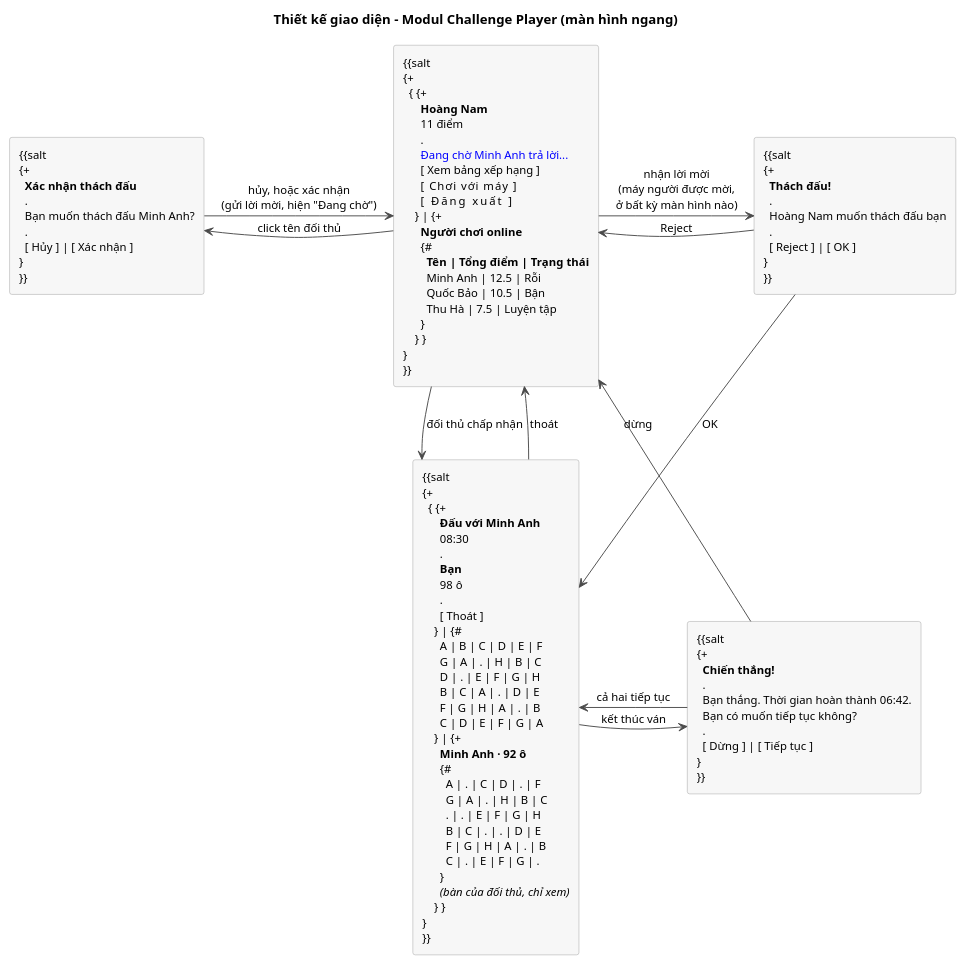
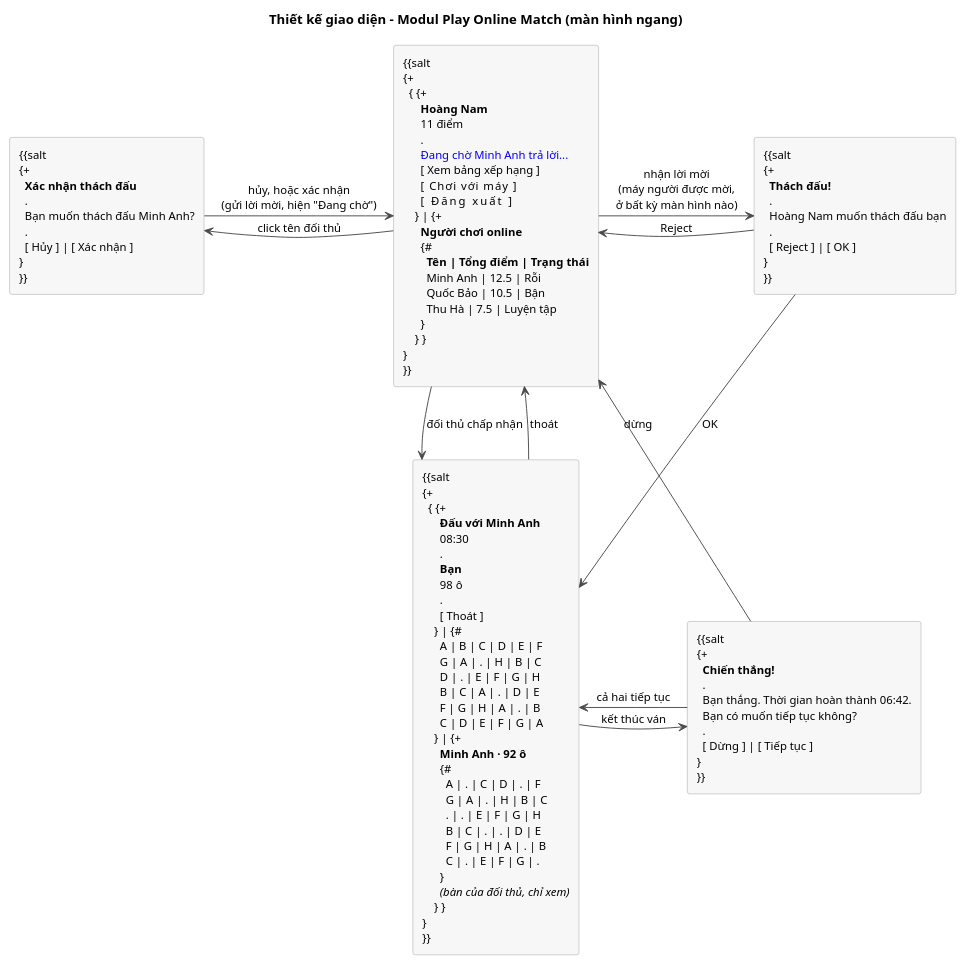
The diagram in docs/uml/pha3/ui-m3.puml (VattenL/mobile-pikachu), drawn with PlantUML before and after one commit. The commit also changed 46 other files, not shown here.

```diff
--- a/docs/uml/pha3/ui-m3.puml
+++ b/docs/uml/pha3/ui-m3.puml
@@ -1,117 +1,117 @@
 @startuml ui-m3
-title Thiết kế giao diện - Modul Challenge Player (màn hình ngang)
+title Thiết kế giao diện - Modul Play Online Match (màn hình ngang)
 
 skinparam shadowing false
 skinparam defaultFontSize 12
 skinparam ArrowColor #4A4A4A
 skinparam rectangle {
   BackgroundColor #F7F7F7
   BorderColor #9E9E9E
 }
 
 rectangle Main [
 {{salt
 {+
   { {+
       <b>Hoàng Nam
       11 điểm
       .
       <color:blue>Đang chờ Minh Anh trả lời...
       [ Xem bảng xếp hạng ]
       [   Chơi với máy    ]
       [     Đăng xuất     ]
     } | {+
       <b>Người chơi online
       {#
         <b>Tên | <b>Tổng điểm | <b>Trạng thái
         Minh Anh | 12.5 | Rỗi
         Quốc Bảo | 10.5 | Bận
         Thu Hà | 7.5 | Luyện tập
       }
     } }
 }
 }}
 ]
 
 rectangle Confirm [
 {{salt
 {+
   <b>Xác nhận thách đấu
   .
   Bạn muốn thách đấu Minh Anh?
   .
   [ Hủy ] | [ Xác nhận ]
 }
 }}
 ]
 
 rectangle Invite [
 {{salt
 {+
   <b>Thách đấu!
   .
   Hoàng Nam muốn thách đấu bạn
   .
   [ Reject ] | [ OK ]
 }
 }}
 ]
 
 rectangle Match [
 {{salt
 {+
   { {+
       <b>Đấu với Minh Anh
       08:30
       .
       <b>Bạn
       98 ô
       .
       [ Thoát ]
     } | {#
       A | B | C | D | E | F
       G | A | . | H | B | C
       D | . | E | F | G | H
       B | C | A | . | D | E
       F | G | H | A | . | B
       C | D | E | F | G | A
     } | {+
       <b>Minh Anh · 92 ô
       {#
         A | . | C | D | . | F
         G | A | . | H | B | C
         . | . | E | F | G | H
         B | C | . | . | D | E
         F | G | H | A | . | B
         C | . | E | F | G | .
       }
       <i>(bàn của đối thủ, chỉ xem)
     } }
 }
 }}
 ]
 
 rectangle Result [
 {{salt
 {+
   <b>Chiến thắng!
   .
   Bạn thắng. Thời gian hoàn thành 06:42.
   Bạn có muốn tiếp tục không?
   .
   [ Dừng ] | [ Tiếp tục ]
 }
 }}
 ]
 
 Main -left-> Confirm : click tên đối thủ
 Confirm -right-> Main : hủy, hoặc xác nhận\n(gửi lời mời, hiện "Đang chờ")
 Main -right-> Invite : nhận lời mời\n(máy người được mời,\nở bất kỳ màn hình nào)
 Invite -left-> Main : Reject
 Invite -down-> Match : OK
 Main -down-> Match : đối thủ chấp nhận
 Match -right-> Result : kết thúc ván
 Result -up-> Match : cả hai tiếp tục
 Result -up-> Main : dừng
 Match -up-> Main : thoát
 @enduml
```
